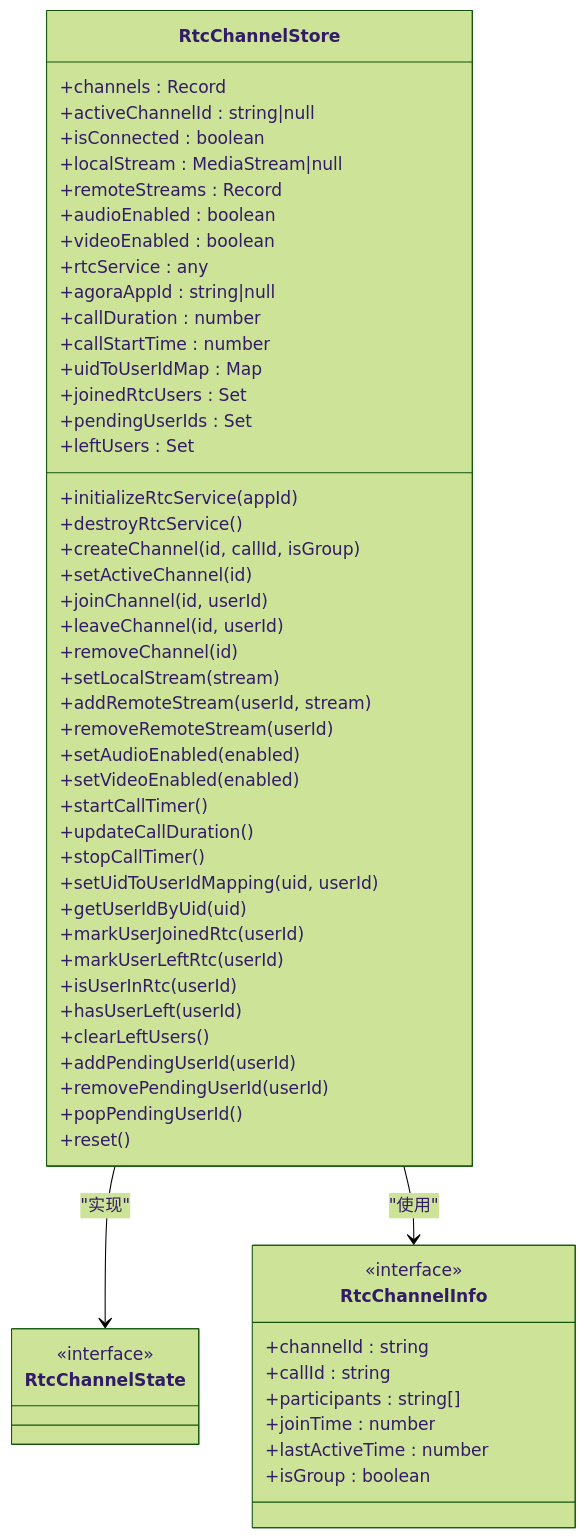
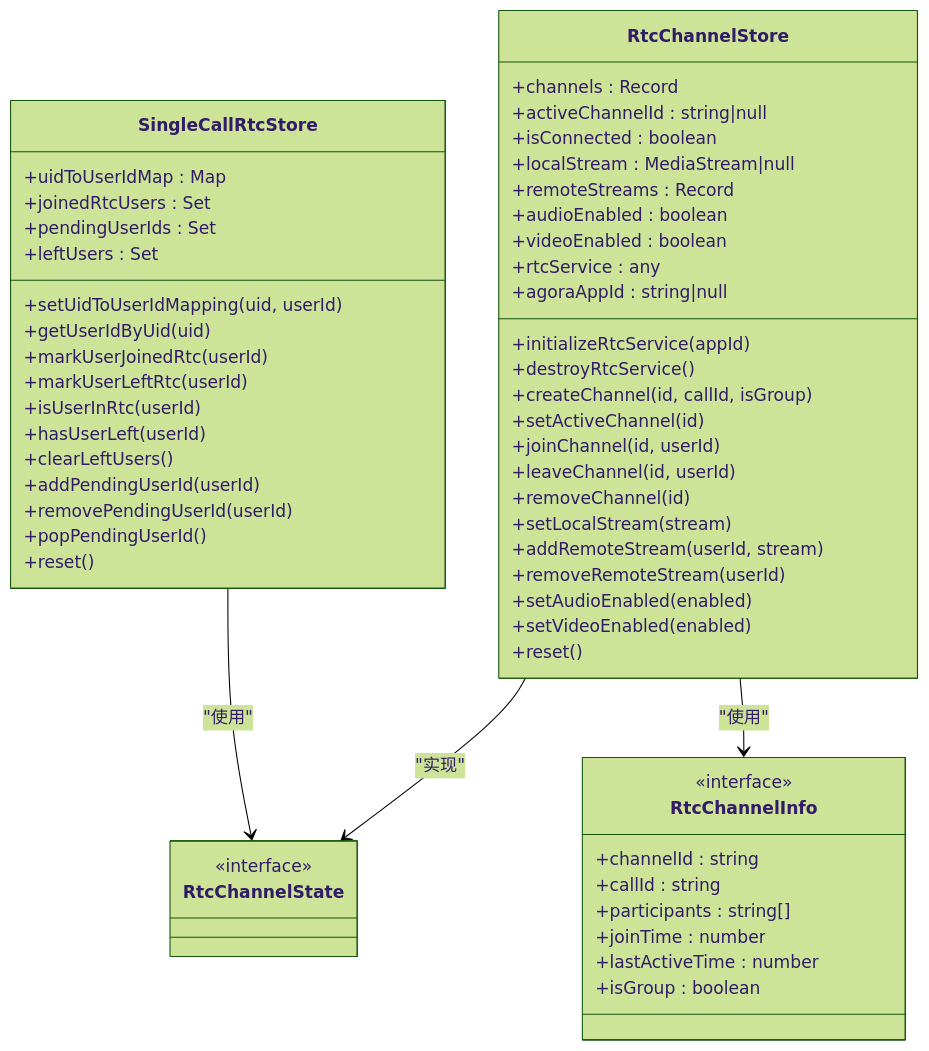
One commit to Easemob-Community/easemob-uikit-callkit-vue3 changed the third of 6 diagrams in .qoder/repowiki/zh/content/状态管理/RtcChannel Store.md. Above: the diagram before and after it, drawn with Mermaid (forest theme). The commit also changed other lines of this file and 54 other files, not shown here.

````diff
--- a/.qoder/repowiki/zh/content/状态管理/RtcChannel Store.md
+++ b/.qoder/repowiki/zh/content/状态管理/RtcChannel Store.md
@@ -147,60 +157,59 @@
 ```mermaid
 classDiagram
 class RtcChannelStore {
 +channels : Record<string, RtcChannelInfo>
 +activeChannelId : string|null
 +isConnected : boolean
 +localStream : MediaStream|null
 +remoteStreams : Record<string, MediaStream>
 +audioEnabled : boolean
 +videoEnabled : boolean
 +rtcService : any
 +agoraAppId : string|null
-+callDuration : number
-+callStartTime : number
-+uidToUserIdMap : Map<string,string>
-+joinedRtcUsers : Set<string>
-+pendingUserIds : Set<string>
-+leftUsers : Set<string>
 +initializeRtcService(appId)
 +destroyRtcService()
 +createChannel(id, callId, isGroup)
 +setActiveChannel(id)
 +joinChannel(id, userId)
 +leaveChannel(id, userId)
 +removeChannel(id)
 +setLocalStream(stream)
 +addRemoteStream(userId, stream)
 +removeRemoteStream(userId)
 +setAudioEnabled(enabled)
 +setVideoEnabled(enabled)
-+startCallTimer()
-+updateCallDuration()
-+stopCallTimer()
++reset()
+}
+class SingleCallRtcStore {
++uidToUserIdMap : Map<string,string>
++joinedRtcUsers : Set<string>
++pendingUserIds : Set<string>
++leftUsers : Set<string>
 +setUidToUserIdMapping(uid, userId)
 +getUserIdByUid(uid)
 +markUserJoinedRtc(userId)
 +markUserLeftRtc(userId)
 +isUserInRtc(userId)
 +hasUserLeft(userId)
 +clearLeftUsers()
 +addPendingUserId(userId)
 +removePendingUserId(userId)
 +popPendingUserId()
 +reset()
 }
 class RtcChannelState {
 <<interface>>
 }
 class RtcChannelInfo {
 <<interface>>
 +channelId : string
 +callId : string
 +participants : string[]
 +joinTime : number
 +lastActiveTime : number
 +isGroup : boolean
 }
 RtcChannelStore --> RtcChannelState : "实现"
 RtcChannelStore --> RtcChannelInfo : "使用"
+SingleCallRtcStore --> RtcChannelState : "使用"
 ```
````
